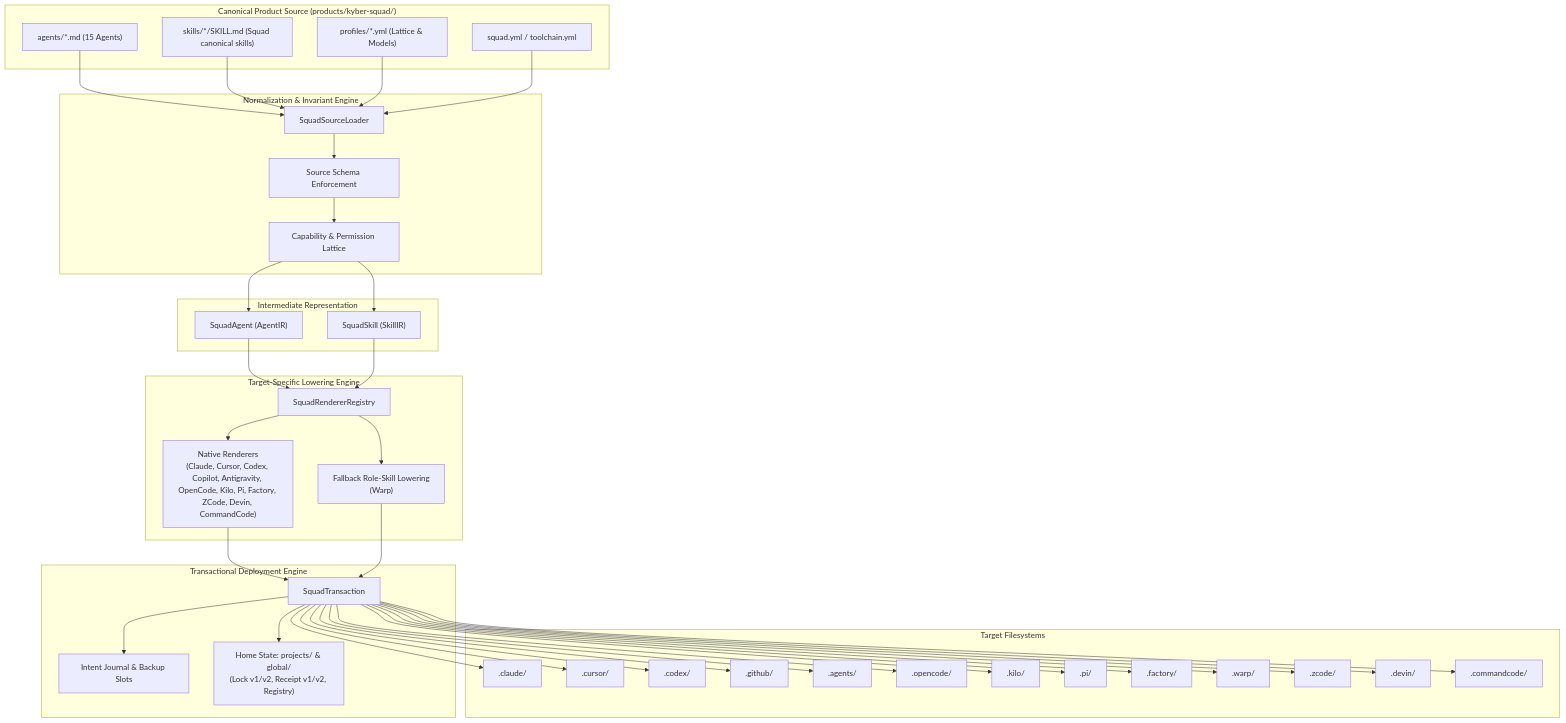
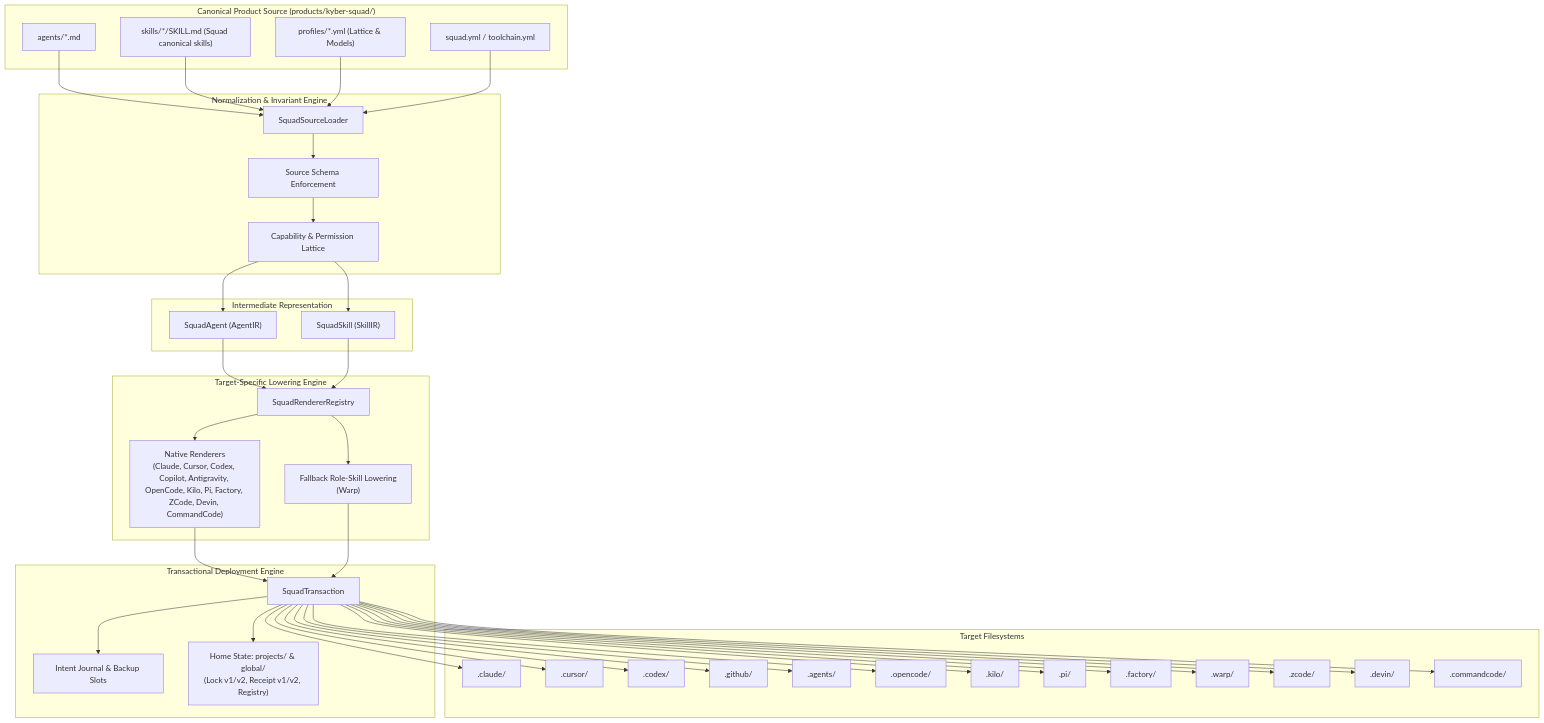
One commit to dpalfery/kyber-weave changed the first of 8 diagrams in docs/kyber-squad/architecture.md. Above: the diagram before and after it, drawn with Mermaid. The commit also changed other lines of this file and 181 other files, not shown here.

````diff
--- a/docs/kyber-squad/architecture.md
+++ b/docs/kyber-squad/architecture.md
@@ -110,7 +110,7 @@
 ```mermaid
 flowchart TD
     subgraph Canonical["Canonical Product Source (products/kyber-squad/)"]
-        Agents["agents/*.md (15 Agents)"]
+        Agents["agents/*.md"]
         Skills["skills/*/SKILL.md (Squad canonical skills)"]
         Profiles["profiles/*.yml (Lattice & Models)"]
         Catalog["squad.yml / toolchain.yml"]
````
